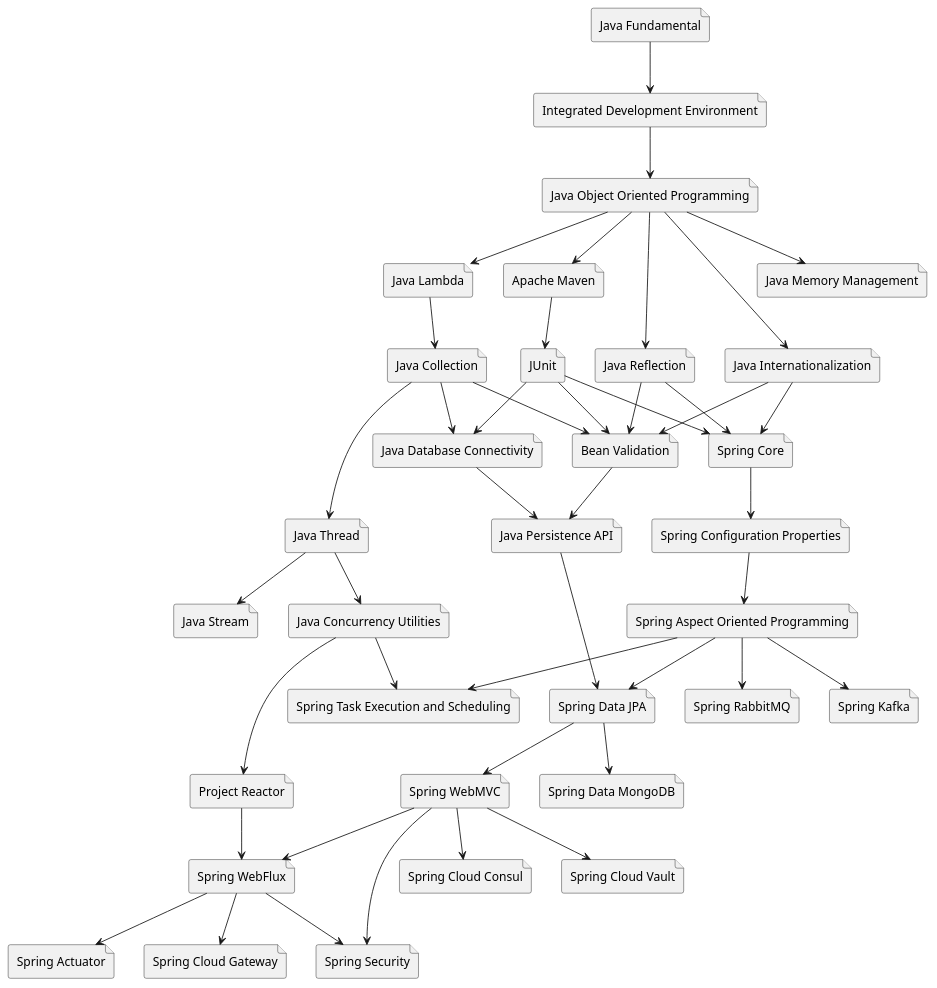
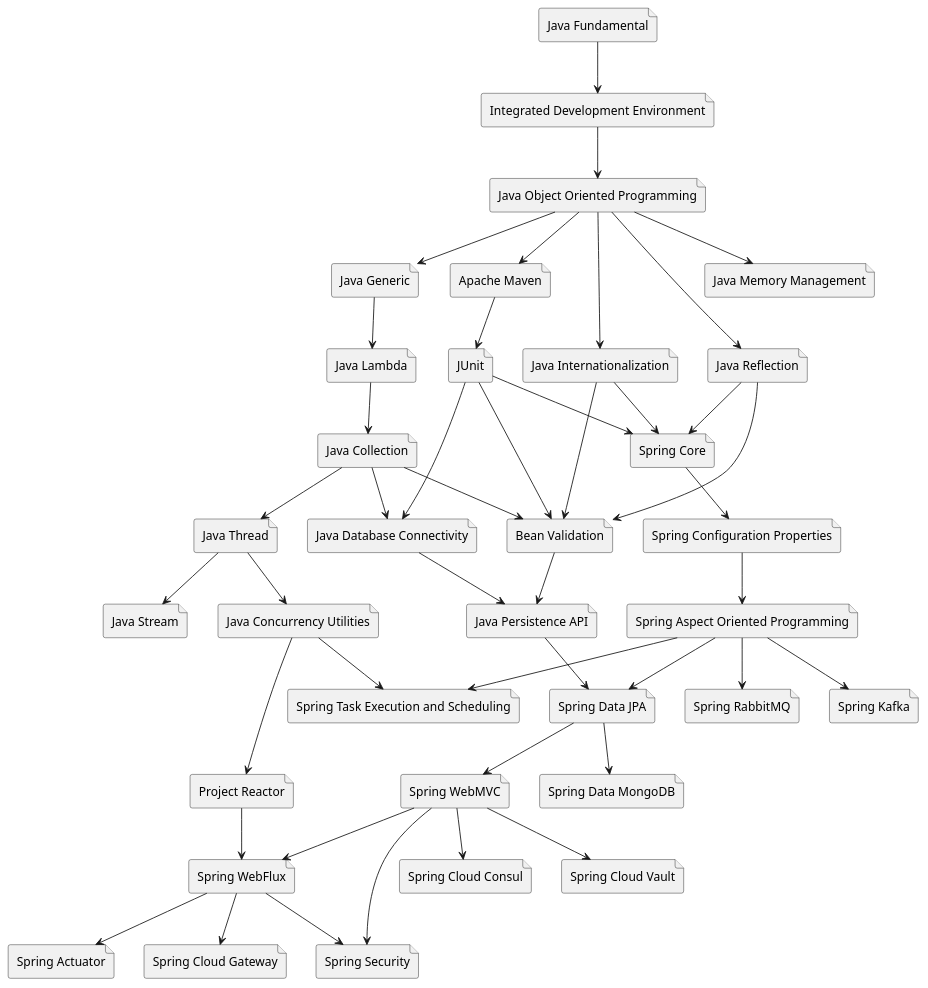
Before and after one commit to khannedy/buku-java: the diagram in diagram/java-learning-path.puml, drawn with PlantUML. The commit also changed 2 other files, not shown here.

Commit message:
add java generic

```diff
--- a/diagram/java-learning-path.puml
+++ b/diagram/java-learning-path.puml
@@ -1,82 +1,84 @@
 @startuml
 
 file "Java Fundamental" as basic
 file "Java Object Oriented Programming" as oop
+file "Java Generic" as generic
 file "Java Lambda" as lambda
 file "Java Collection" as collection
-file "Java Stream" as stream 
+file "Java Stream" as stream
 file "Java Reflection" as reflection
 file "Java Database Connectivity" as jdbc
 file "Java Internationalization" as i18n
 file "Java Thread" as thread
 file "Java Concurrency Utilities" as concurrency
-file "Java Memory Management" as memory 
+file "Java Memory Management" as memory
 
 file "Bean Validation" as beanvalidation
 file "Java Persistence API" as jpa
 
 file "Spring Core" as springcore
 file "Spring Aspect Oriented Programming" as springaop
 file "Spring Data JPA" as springdatajpa
 file "Spring Data MongoDB" as springdatamongodb
 file "Spring WebMVC" as springwebmvc
 file "Spring WebFlux" as springwebflux
 file "Spring Kafka" as springkafka
 file "Spring Cloud Gateway" as springcloudgateway
 file "Spring Cloud Consul" as springconsul
 file "Spring Cloud Vault" as springvault
 file "Spring Security" as springsecurity
 file "Spring Task Execution and Scheduling" as springtask
 file "Spring RabbitMQ" as springrabbitmq
 file "Spring Configuration Properties" as springconfig
 file "Spring Actuator" as springactuator
 
-file "Project Reactor" as reactor 
-file "JUnit" as junit 
-file "Apache Maven" as maven 
-file "Integrated Development Environment" as ide 
+file "Project Reactor" as reactor
+file "JUnit" as junit
+file "Apache Maven" as maven
+file "Integrated Development Environment" as ide
 
-basic --> ide 
-ide --> oop 
+basic --> ide
+ide --> oop
 oop --> reflection
-oop --> lambda
+oop --> generic
+generic --> lambda
 oop --> maven
 maven --> junit
 junit --> springcore
 junit --> jdbc
 junit --> beanvalidation
 reflection --> beanvalidation
-reflection --> springcore 
-collection --> thread 
-oop --> i18n 
+reflection --> springcore
+collection --> thread
+oop --> i18n
 i18n --> beanvalidation
 i18n --> springcore
-collection --> beanvalidation 
-collection --> jdbc 
+collection --> beanvalidation
+collection --> jdbc
 lambda --> collection
 thread --> concurrency
 thread --> stream
-jdbc --> jpa 
-beanvalidation --> jpa 
+jdbc --> jpa
+beanvalidation --> jpa
 springaop --> springdatajpa
 jpa --> springdatajpa
 concurrency --> reactor
 reactor --> springwebflux
 springwebmvc --> springwebflux
 springaop --> springtask
 concurrency --> springtask
 springdatajpa --> springdatamongodb
 springaop --> springkafka
 springaop --> springrabbitmq
 springwebflux --> springcloudgateway
 springwebflux --> springsecurity
 springwebmvc --> springsecurity
 springwebmvc --> springconsul
 springwebmvc --> springvault
-oop --> memory 
+oop --> memory
 springcore --> springconfig
 springconfig --> springaop
 springdatajpa --> springwebmvc
 springwebflux --> springactuator
 
 @enduml
```
